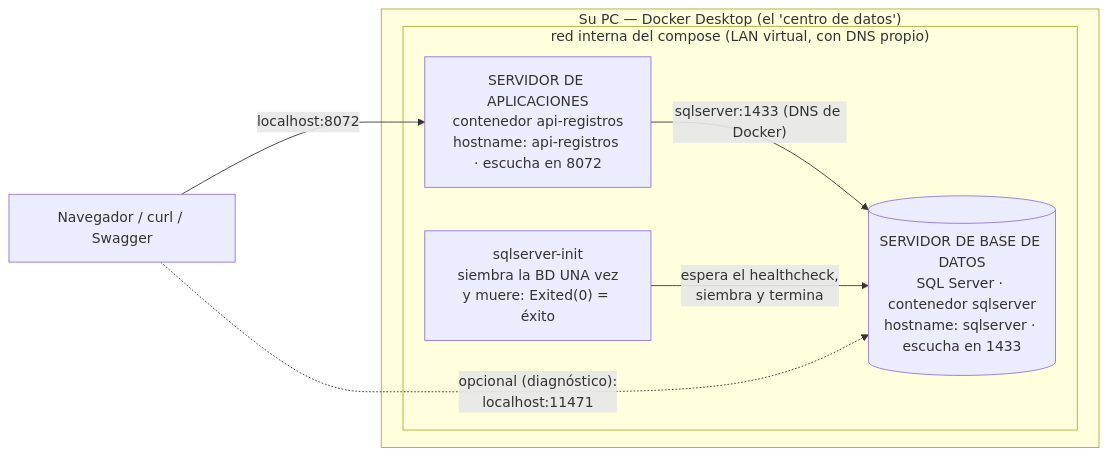
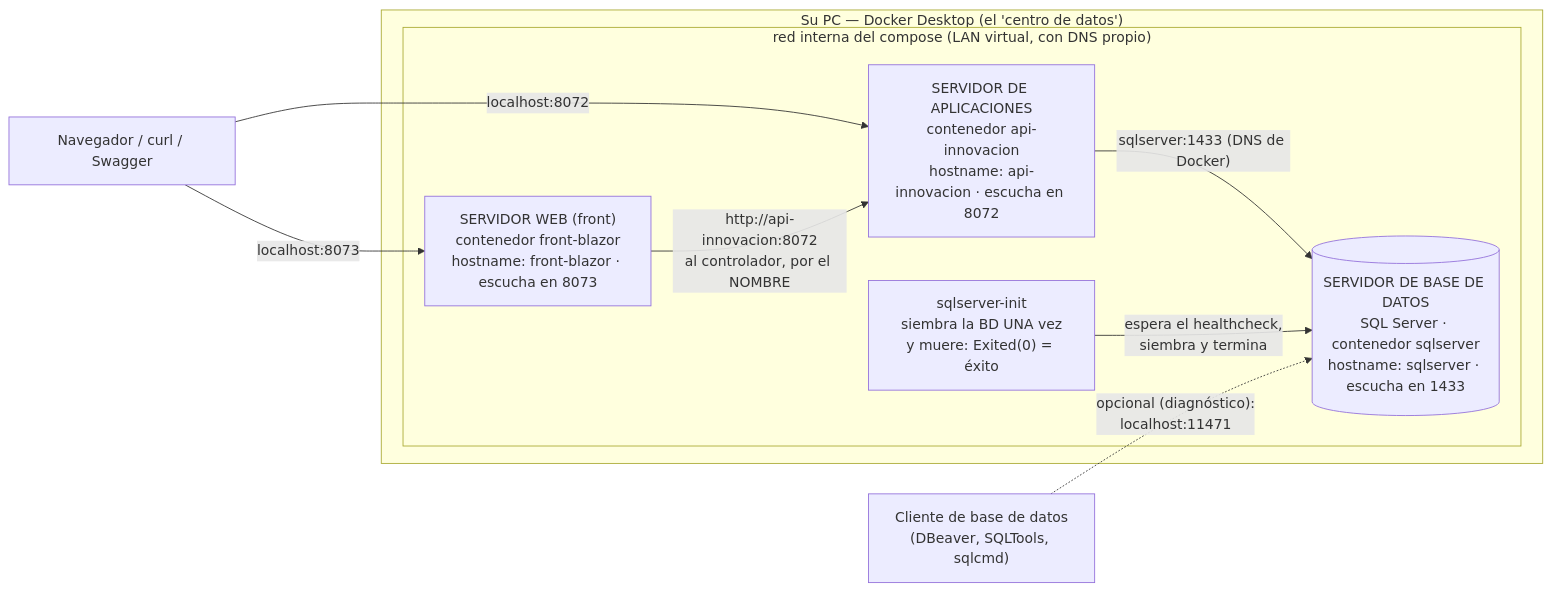
One commit to ccastro2050/proyecto_innovacion_curricular1 changed the first of 2 diagrams in docs/CONCEPTOS_DOCKER.md. Above: the diagram before and after it, drawn with Mermaid. The commit also changed other lines of this file, not shown here.

First line of the commit message:
docs(docker): el diagrama sale del docker-compose real, y ninguna flecha miente

````diff
--- a/docs/CONCEPTOS_DOCKER.md
+++ b/docs/CONCEPTOS_DOCKER.md
@@ -194,15 +194,19 @@
 ```mermaid
 flowchart LR
     NAV["Navegador / curl / Swagger"]
+    CLIENTE["Cliente de base de datos<br/>(DBeaver, SQLTools, sqlcmd)"]
     subgraph PC["Su PC — Docker Desktop (el 'centro de datos')"]
         subgraph RED["red interna del compose (LAN virtual, con DNS propio)"]
-            APIFACTURAS["SERVIDOR DE APLICACIONES<br/>contenedor api-registros<br/>hostname: api-registros · escucha en 8072"]
+            FRONTBLAZOR["SERVIDOR WEB (front)<br/>contenedor front-blazor<br/>hostname: front-blazor · escucha en 8073"]
+            APIINNOVACION["SERVIDOR DE APLICACIONES<br/>contenedor api-innovacion<br/>hostname: api-innovacion · escucha en 8072"]
+            SQLSERVERINIT["sqlserver-init<br/>siembra la BD UNA vez<br/>y muere: Exited(0) = éxito"]
             SQLSERVER[("SERVIDOR DE BASE DE DATOS<br/>SQL Server · contenedor sqlserver<br/>hostname: sqlserver · escucha en 1433")]
-            SQLSERVERINIT["sqlserver-init<br/>siembra la BD UNA vez<br/>y muere: Exited(0) = éxito"]
         end
     end
-    NAV -->|"localhost:8072"| APIFACTURAS
-    APIFACTURAS -->|"sqlserver:1433 (DNS de Docker)"| SQLSERVER
+    NAV -->|"localhost:8072"| APIINNOVACION
+    NAV -->|"localhost:8073"| FRONTBLAZOR
+    APIINNOVACION -->|"sqlserver:1433 (DNS de Docker)"| SQLSERVER
+    FRONTBLAZOR -->|"http://api-innovacion:8072<br/>al controlador, por el NOMBRE"| APIINNOVACION
     SQLSERVERINIT -->|"espera el healthcheck,<br/>siembra y termina"| SQLSERVER
-    NAV -.->|"opcional (diagnóstico):<br/>localhost:11471"| SQLSERVER
+    CLIENTE -.->|"opcional (diagnóstico):<br/>localhost:11471"| SQLSERVER
 ```
````
